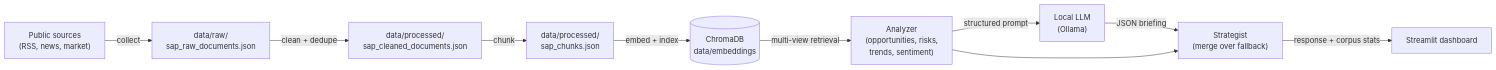
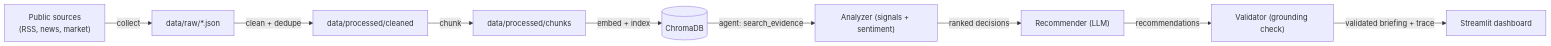
Before and after one commit to rahuldevagiri/sap-ceo-agent: the third of 3 diagrams in README.md, drawn with Mermaid. The commit also changed other lines of this file and 16 other files, not shown here.

````diff
--- a/README.md
+++ b/README.md
@@ -97,12 +153,11 @@
 ```mermaid
 flowchart LR
-    A["Public sources<br/>(RSS, news, market)"] -->|collect| B["data/raw/<br/>sap_raw_documents.json"]
-    B -->|clean + dedupe| C["data/processed/<br/>sap_cleaned_documents.json"]
-    C -->|chunk| D["data/processed/<br/>sap_chunks.json"]
-    D -->|embed + index| E[("ChromaDB<br/>data/embeddings")]
-    E -->|multi-view retrieval| F["Analyzer<br/>(opportunities, risks,<br/>trends, sentiment)"]
-    F -->|structured prompt| G["Local LLM<br/>(Ollama)"]
-    G -->|JSON briefing| H["Strategist<br/>(merge over fallback)"]
-    F --> H
-    H -->|response + corpus stats| I["Streamlit dashboard"]
+    A["Public sources<br/>(RSS, news, market)"] -->|collect| B["data/raw/*.json"]
+    B -->|clean + dedupe| C["data/processed/cleaned"]
+    C -->|chunk| D["data/processed/chunks"]
+    D -->|embed + index| E[("ChromaDB")]
+    E -->|agent: search_evidence| F["Analyzer (signals + sentiment)"]
+    F -->|ranked decisions| G["Recommender (LLM)"]
+    G -->|recommendations| H["Validator (grounding check)"]
+    H -->|validated briefing + trace| I["Streamlit dashboard"]
 ```
````
